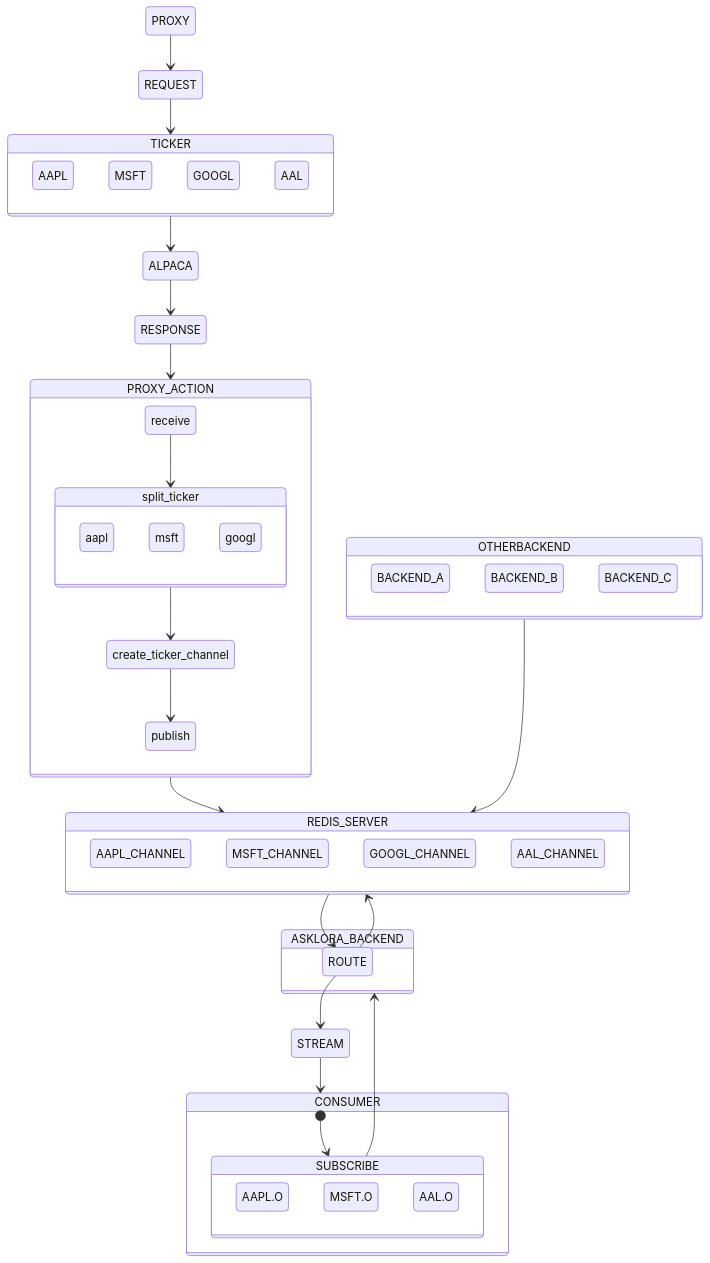
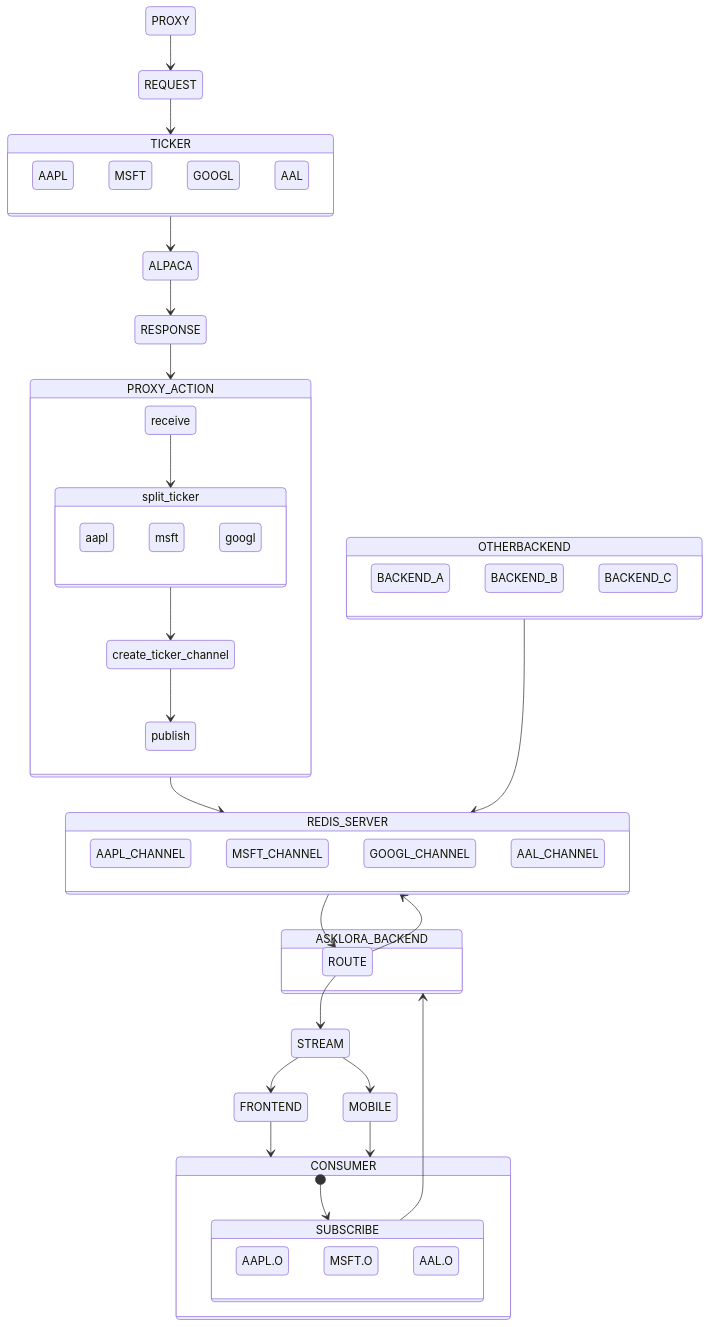
The diagram in README.md (ribonred/redis-redistribute-websocket), drawn with Mermaid before and after one commit. The commit also changed 3 other files, not shown here.

````diff
--- a/README.md
+++ b/README.md
@@ -18,66 +18,69 @@
 ```mermaid
   stateDiagram
     TICKER
     PROXY --> REQUEST
     REQUEST --> TICKER
     TICKER --> ALPACA
     ALPACA --> RESPONSE
 
 
     state TICKER{
         AAPL
         MSFT
         GOOGL
         AAL
     }
     RESPONSE --> PROXY_ACTION
     PROXY_ACTION --> REDIS_SERVER
     state split_ticker{
         direction TB
         aapl
         msft
         googl
     }
     state PROXY_ACTION{
         direction TB
         receive --> split_ticker
         split_ticker --> create_ticker_channel
         create_ticker_channel --> publish
     }
     state REDIS_SERVER{
         direction TB
 
         AAPL_CHANNEL
         MSFT_CHANNEL
         GOOGL_CHANNEL
         AAL_CHANNEL
     }
     state ASKLORA_BACKEND{
         ROUTE
     }
     state CONSUMER{
         direction TB
         [*] --> SUBSCRIBE
     }
     state SUBSCRIBE{
         AAPL.O
         MSFT.O
         AAL.O
 
     }
     OTHERBACKEND --> REDIS_SERVER
     state OTHERBACKEND{
         BACKEND_A 
         BACKEND_B 
         BACKEND_C
     }
 
     SUBSCRIBE --> ASKLORA_BACKEND
     ASKLORA_BACKEND --> ROUTE
     
     ROUTE --> REDIS_SERVER
     REDIS_SERVER --> ROUTE
     ROUTE --> STREAM
-    STREAM --> CONSUMER
+    STREAM --> FRONTEND
+    STREAM --> MOBILE
+    FRONTEND --> CONSUMER
+    MOBILE --> CONSUMER
 
 ```
````
